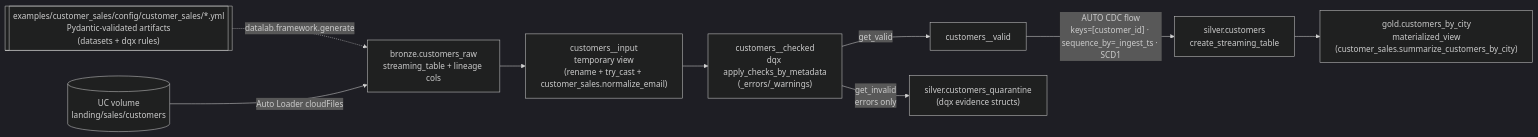
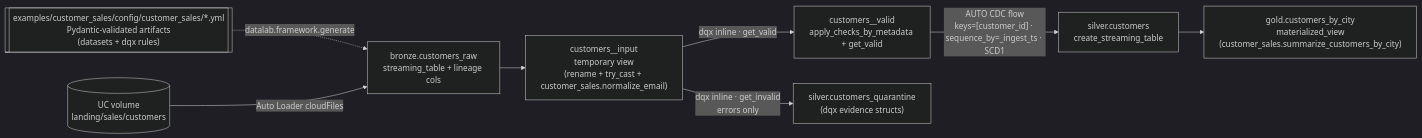
The fourth of 6 diagrams in docs/ARCHITECTURE.md (Vegash09/Demo_Lab), drawn with Mermaid (dark theme) before and after one commit. The commit also changed 6 other files, not shown here.

First line of the commit message:
fix(framework): apply dqx inline so the valid/quarantine split runs on serverless

````diff
--- a/docs/ARCHITECTURE.md
+++ b/docs/ARCHITECTURE.md
@@ -86,11 +86,10 @@
 ```mermaid
 flowchart LR
     YML[["examples/customer_sales/config/customer_sales/*.yml<br/>Pydantic-validated artifacts<br/>(datasets + dqx rules)"]] -.->|"datalab.framework.generate"| BR
     LAND[("UC volume<br/>landing/sales/customers")] -->|"Auto Loader cloudFiles"| BR["bronze.customers_raw<br/>streaming_table + lineage cols"]
     BR --> IN["customers__input<br/>temporary view<br/>(rename + try_cast + customer_sales.normalize_email)"]
-    IN --> CHK["customers__checked<br/>dqx apply_checks_by_metadata<br/>(_errors/_warnings)"]
-    CHK -->|get_valid| VAL["customers__valid"]
-    CHK -->|"get_invalid<br/>errors only"| QUAR["silver.customers_quarantine<br/>(dqx evidence structs)"]
+    IN -->|"dqx inline · get_valid"| VAL["customers__valid<br/>apply_checks_by_metadata + get_valid"]
+    IN -->|"dqx inline · get_invalid<br/>errors only"| QUAR["silver.customers_quarantine<br/>(dqx evidence structs)"]
     VAL -->|"AUTO CDC flow<br/>keys=[customer_id] · sequence_by=_ingest_ts · SCD1"| SIL["silver.customers<br/>create_streaming_table"]
     SIL --> GOLD["gold.customers_by_city<br/>materialized_view<br/>(customer_sales.summarize_customers_by_city)"]
 ```
````
